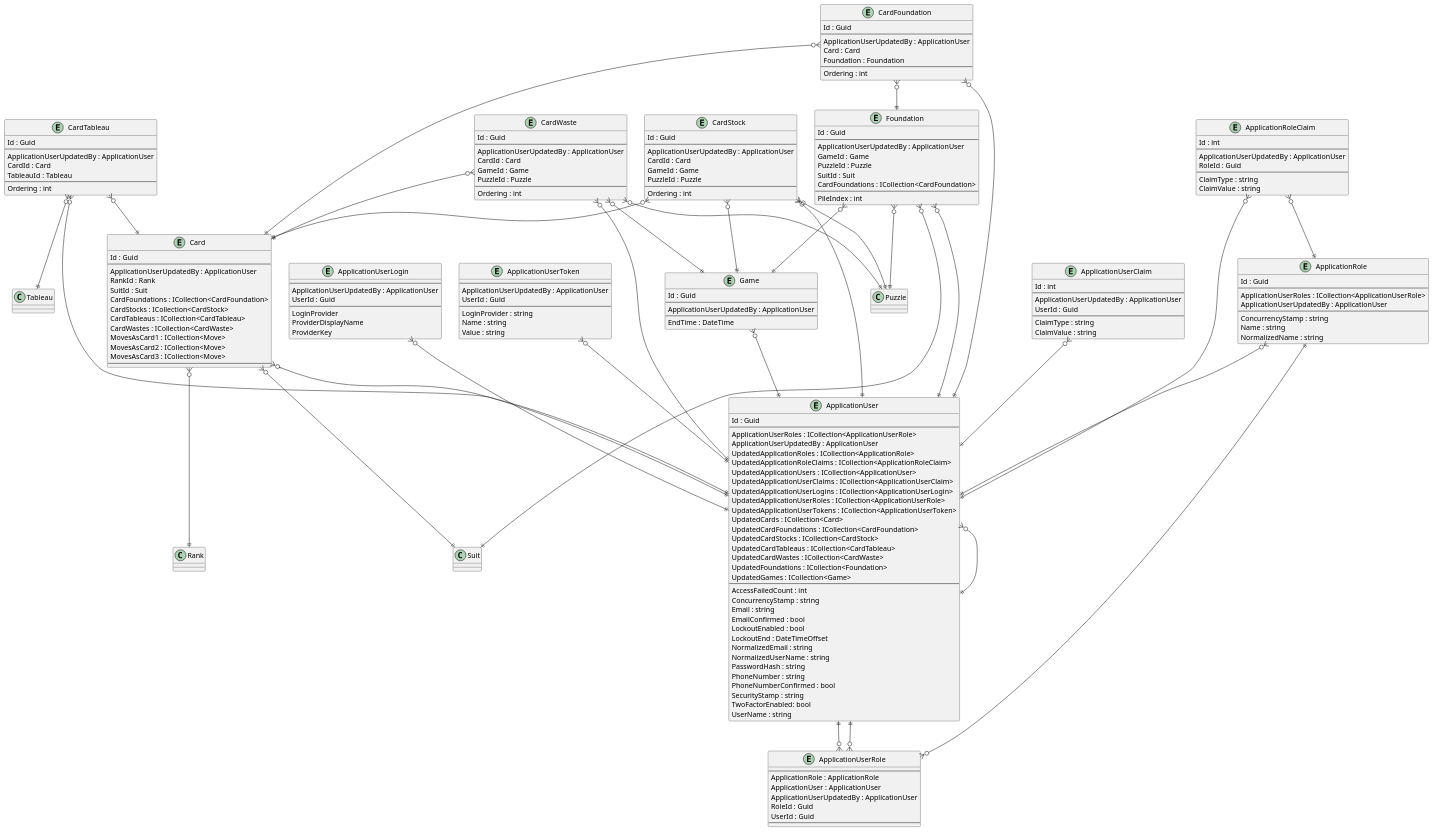
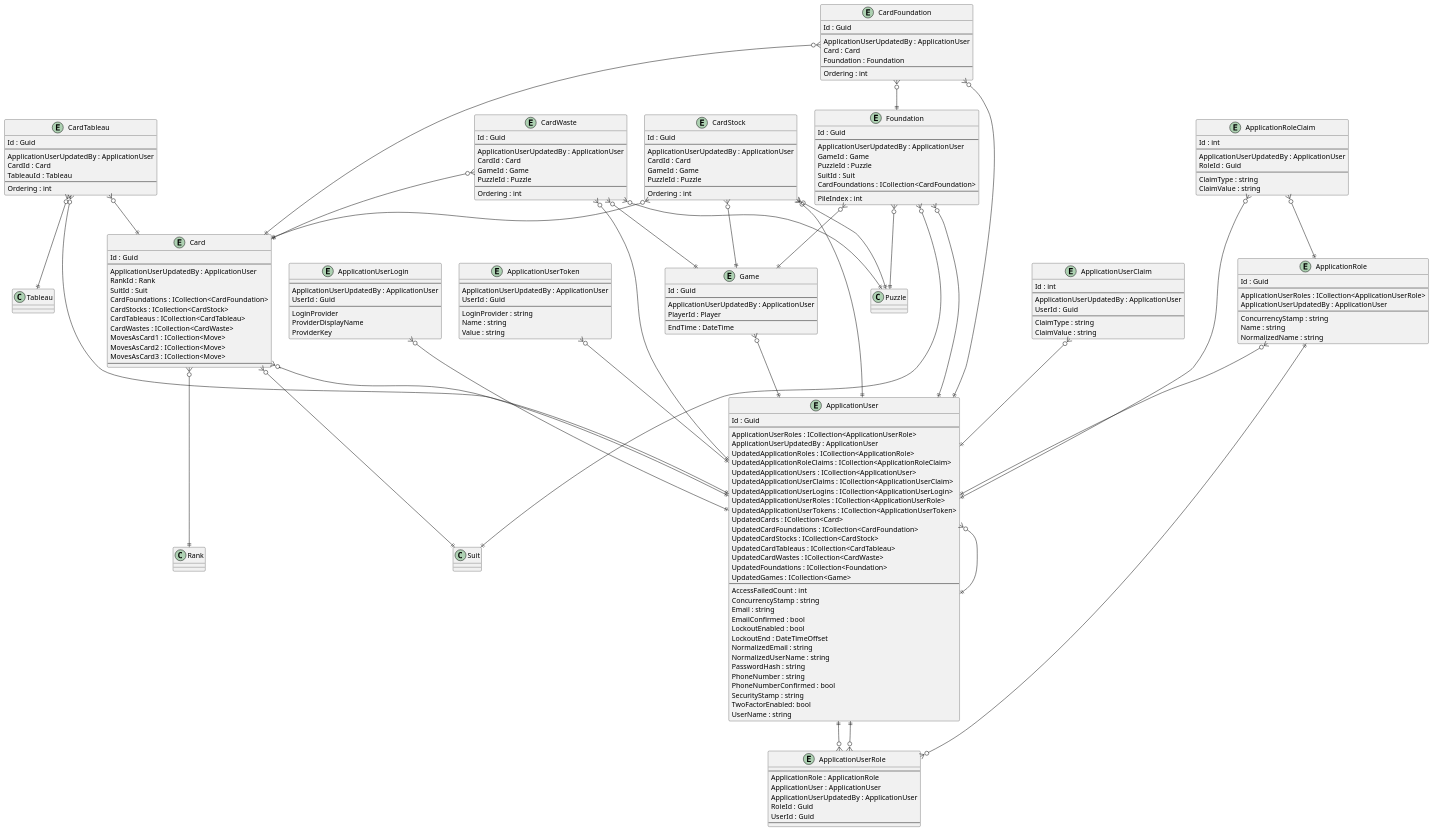
One commit to intrepion/intrepion_klondike-solitaire_csharp changed the diagram in .docs/Intrepion.KlondikeSolitaire.pu. Above: the diagram before and after it, drawn with PlantUML.

```diff
--- a/.docs/Intrepion.KlondikeSolitaire.pu
+++ b/.docs/Intrepion.KlondikeSolitaire.pu
@@ -184,6 +184,7 @@
     Id : Guid
     --
     ApplicationUserUpdatedBy : ApplicationUser
+    PlayerId : Player
     ' GameKeyCodePlaceholder
     --
     EndTime : DateTime
```
